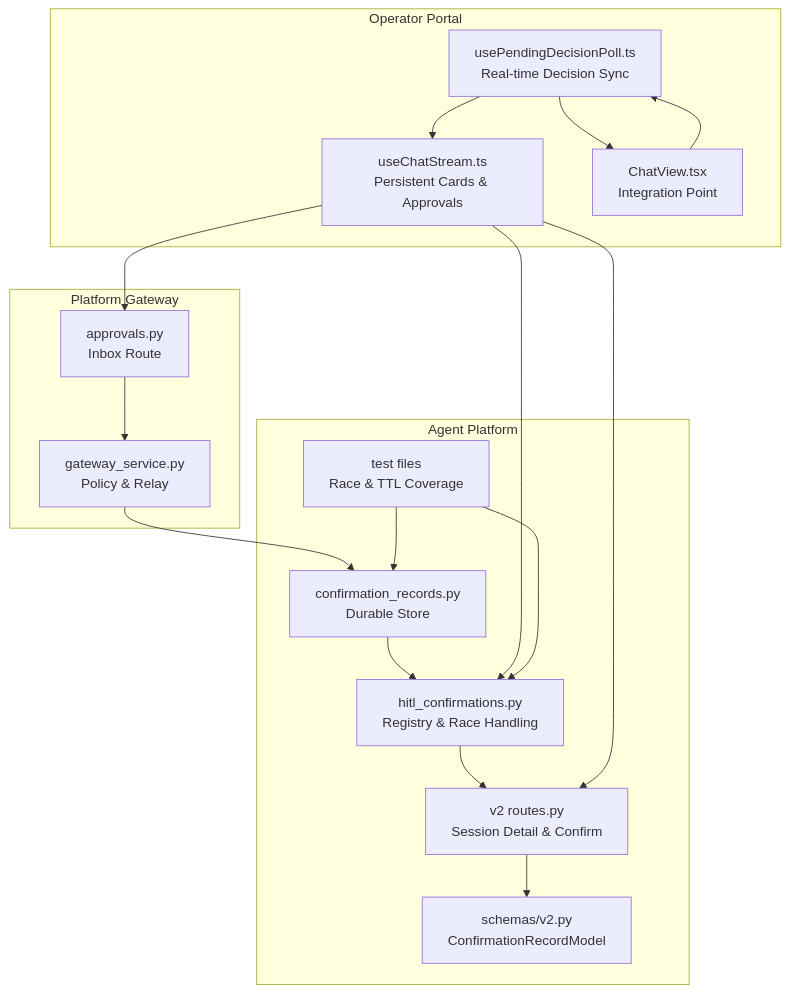
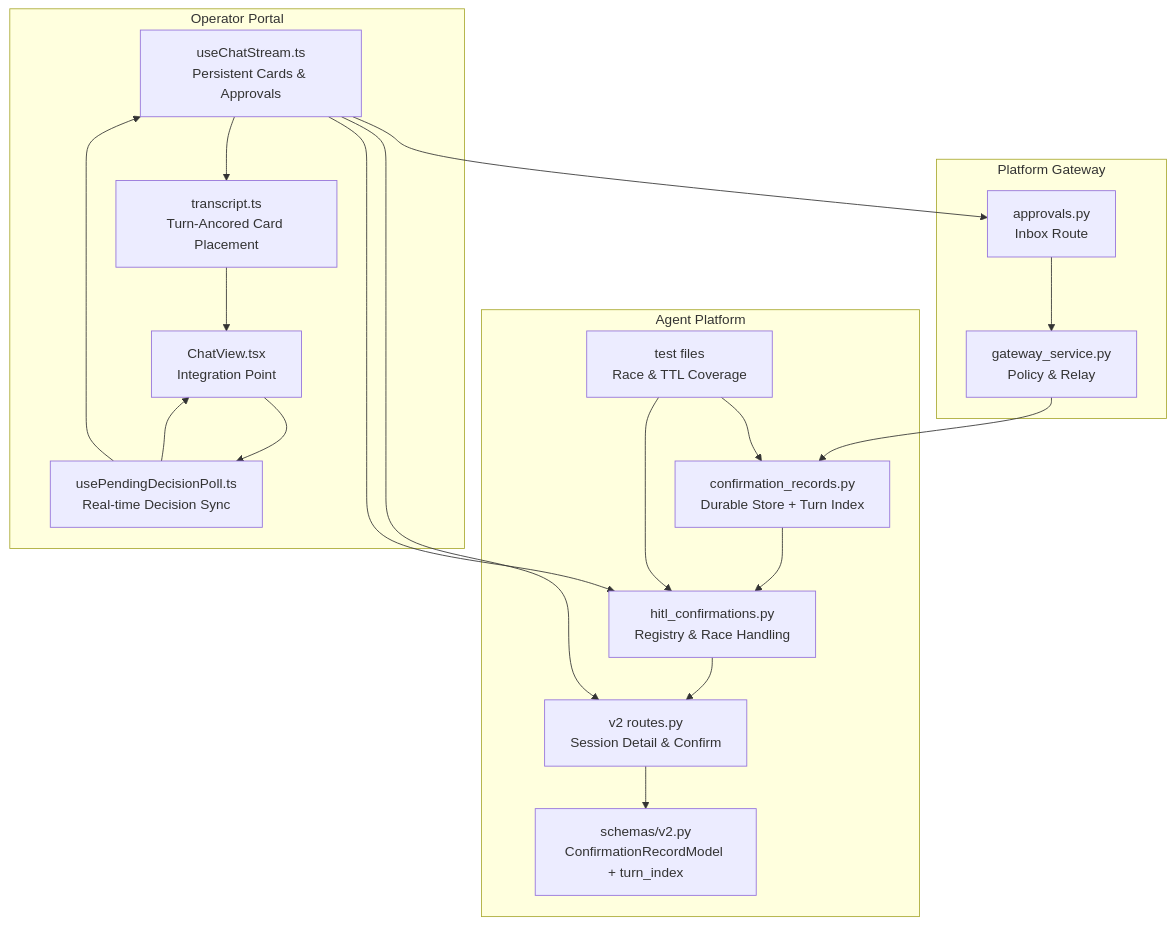
Before and after one commit to metasync/luban-aiops: the first of 9 diagrams in .qoder/repowiki/en/content/Architecture Documentation/SPEC-031_ Approval Inbox and Persistent Confirmation Cards.md, drawn with Mermaid. The commit also changed other lines of this file and 5 other files, not shown here.

````diff
--- a/.qoder/repowiki/en/content/Architecture Documentation/SPEC-031_ Approval Inbox and Persistent Confirmation Cards.md
+++ b/.qoder/repowiki/en/content/Architecture Documentation/SPEC-031_ Approval Inbox and Persistent Confirmation Cards.md
@@ -56,32 +63,35 @@
 ```mermaid
 graph TB
 subgraph "Agent Platform"
-CR["confirmation_records.py<br/>Durable Store"]
+CR["confirmation_records.py<br/>Durable Store + Turn Index"]
 HITL["hitl_confirmations.py<br/>Registry & Race Handling"]
 V2["v2 routes.py<br/>Session Detail & Confirm"]
-SCHEMA["schemas/v2.py<br/>ConfirmationRecordModel"]
+SCHEMA["schemas/v2.py<br/>ConfirmationRecordModel + turn_index"]
 TESTS["test files<br/>Race & TTL Coverage"]
 end
 subgraph "Platform Gateway"
 APPR["approvals.py<br/>Inbox Route"]
 GSVC["gateway_service.py<br/>Policy & Relay"]
 end
 subgraph "Operator Portal"
 STREAM["useChatStream.ts<br/>Persistent Cards & Approvals"]
 POLL["usePendingDecisionPoll.ts<br/>Real-time Decision Sync"]
+TRANSCRIPT["transcript.ts<br/>Turn-Ancored Card Placement"]
 CHATVIEW["ChatView.tsx<br/>Integration Point"]
 end
 CR --> HITL
 HITL --> V2
 V2 --> SCHEMA
 APPR --> GSVC
 GSVC --> CR
 STREAM --> APPR
 STREAM --> V2
 STREAM --> HITL
+STREAM --> TRANSCRIPT
 POLL --> STREAM
 POLL --> CHATVIEW
 CHATVIEW --> POLL
+TRANSCRIPT --> CHATVIEW
 TESTS --> CR
 TESTS --> HITL
 ```
````
